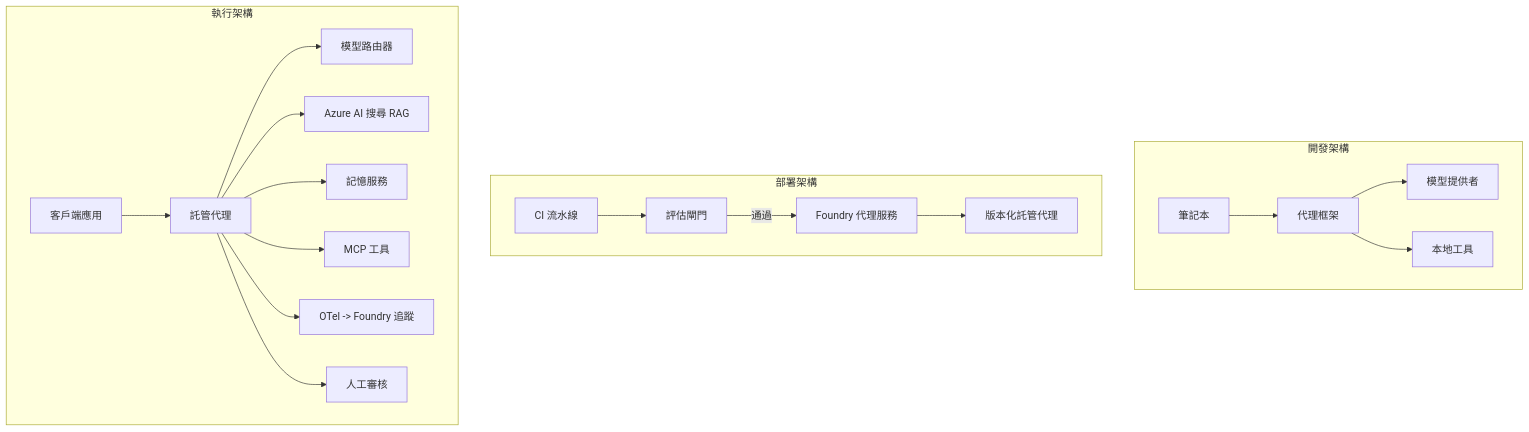
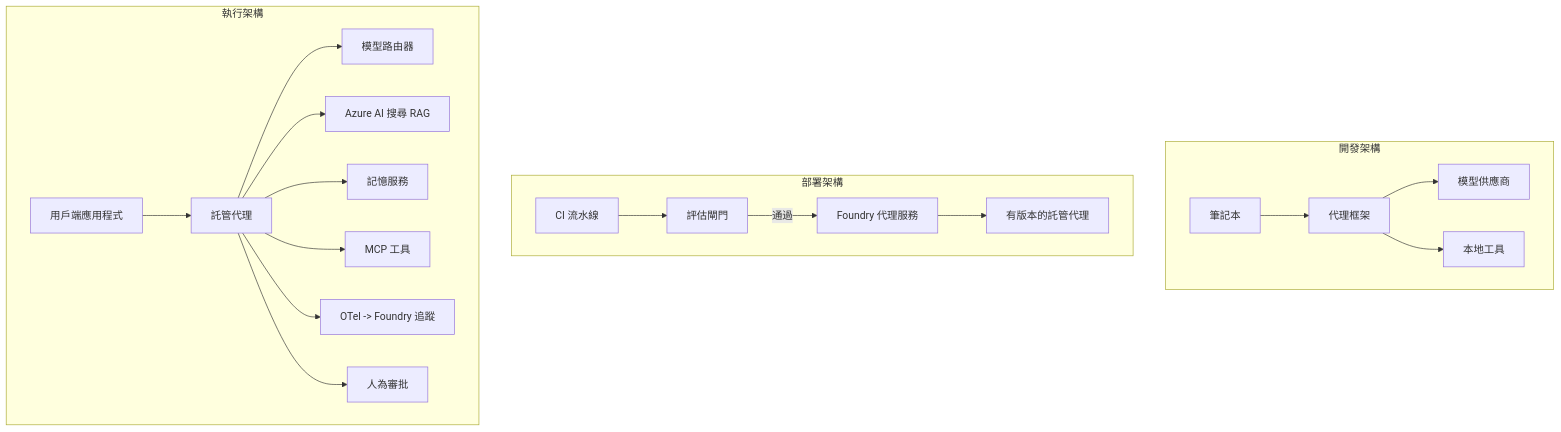
One commit to gabrielmoreira/agent-skills-mirror changed the fourth of 4 diagrams in mirrors/repos/microsoft@ai-agents-for-beginners/translations/zh-MO/16-deploying-scalable-agents/README.md. Above: the diagram before and after it, drawn with Mermaid. The commit also changed other lines of this file and 3581 other files, not shown here.

````diff
--- a/mirrors/repos/microsoft@ai-agents-for-beginners/translations/zh-MO/16-deploying-scalable-agents/README.md
+++ b/mirrors/repos/microsoft@ai-agents-for-beginners/translations/zh-MO/16-deploying-scalable-agents/README.md
@@ -185,22 +185,22 @@
 ```mermaid
 flowchart TB
     subgraph Dev[開發架構]
         D1[筆記本] --> D2[代理框架]
-        D2 --> D3[模型提供者]
+        D2 --> D3[模型供應商]
         D2 --> D4[本地工具]
     end
     subgraph Deploy[部署架構]
         E1[CI 流水線] --> E2[評估閘門]
         E2 -->|通過| E3[Foundry 代理服務]
-        E3 --> E4[版本化託管代理]
+        E3 --> E4[有版本的託管代理]
     end
     subgraph Run[執行架構]
-        F1[客戶端應用] --> F2[託管代理]
+        F1[用戶端應用程式] --> F2[託管代理]
         F2 --> F3[模型路由器]
         F2 --> F4[Azure AI 搜尋 RAG]
         F2 --> F5[記憶服務]
         F2 --> F6[MCP 工具]
         F2 --> F7[OTel -> Foundry 追蹤]
-        F2 --> F8[人工審核]
+        F2 --> F8[人為審批]
     end
 ```
````
